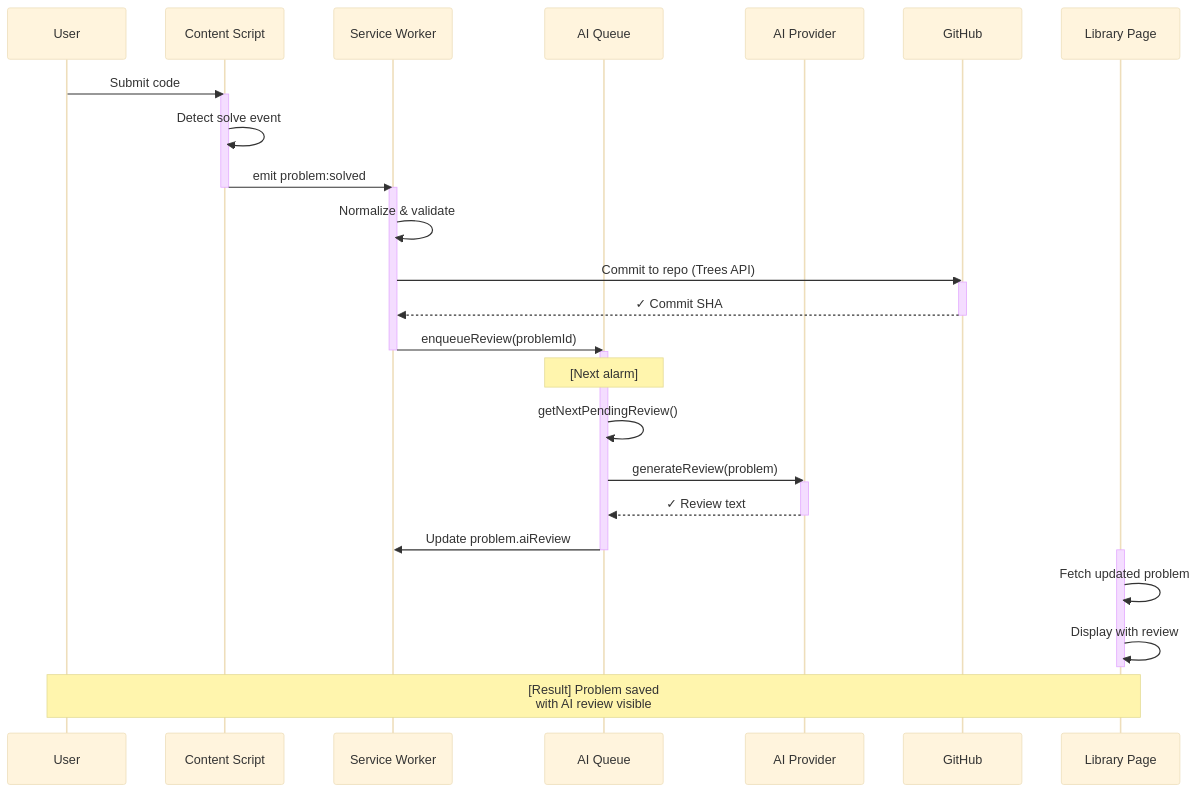
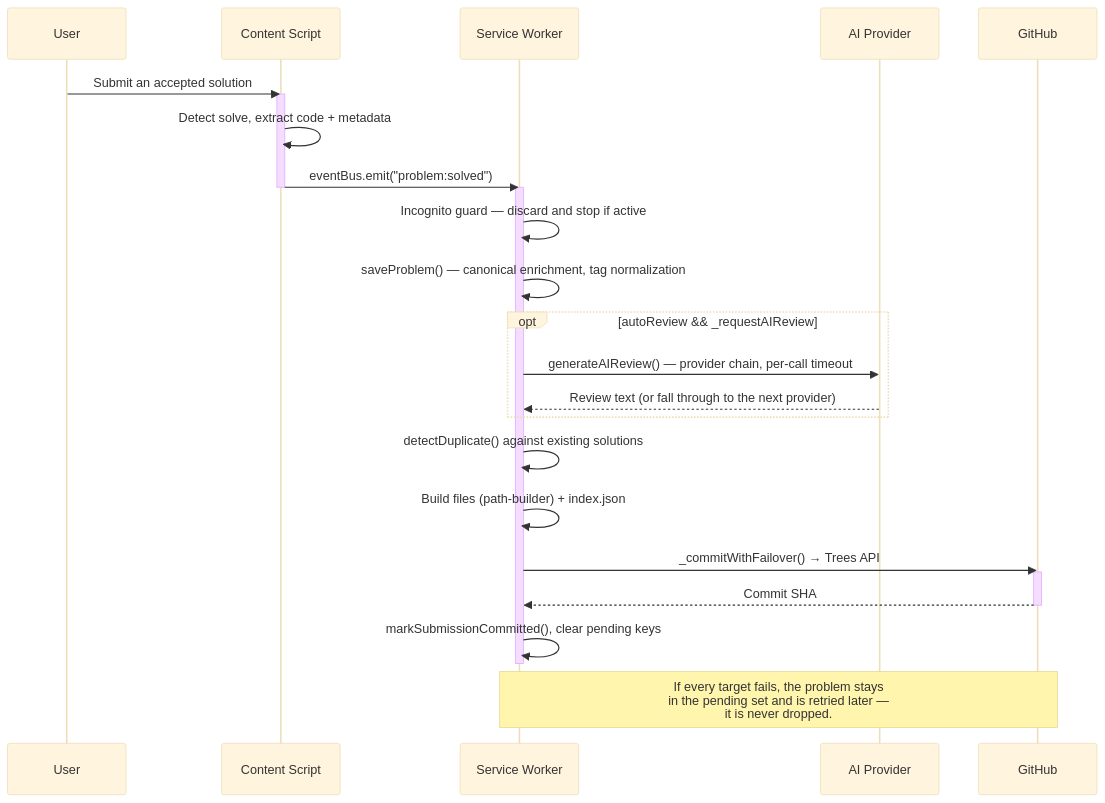
Before and after one commit to Life-Experimentalist/Code-Ledger: the eighth of 8 diagrams in docs/architecture/system-architecture.md, drawn with Mermaid (base theme). The commit also changed other lines of this file and 3 other files, not shown here.

````diff
--- a/docs/architecture/system-architecture.md
+++ b/docs/architecture/system-architecture.md
@@ -723,42 +795,32 @@
 ```mermaid
 sequenceDiagram
     participant User
     participant Content as Content Script
     participant SW as Service Worker
-    participant Queue as AI Queue
     participant AI as AI Provider
     participant GitHub
-    participant Lib as Library Page
 
-    User->>Content: Submit code
+    User->>Content: Submit an accepted solution
     activate Content
-    Content->>Content: Detect solve event
-    Content->>SW: emit problem:solved
+    Content->>Content: Detect solve, extract code + metadata
+    Content->>SW: eventBus.emit("problem:solved")
     deactivate Content
 
     activate SW
-    SW->>SW: Normalize & validate
-    SW->>GitHub: Commit to repo (Trees API)
+    SW->>SW: Incognito guard — discard and stop if active
+    SW->>SW: saveProblem() — canonical enrichment, tag normalization
+    opt autoReview && _requestAIReview
+        SW->>AI: generateAIReview() — provider chain, per-call timeout
+        AI-->>SW: Review text (or fall through to the next provider)
+    end
+    SW->>SW: detectDuplicate() against existing solutions
+    SW->>SW: Build files (path-builder) + index.json
+    SW->>GitHub: _commitWithFailover() → Trees API
     activate GitHub
-    GitHub-->>SW: ✓ Commit SHA
+    GitHub-->>SW: Commit SHA
     deactivate GitHub
-    SW->>Queue: enqueueReview(problemId)
+    SW->>SW: markSubmissionCommitted(), clear pending keys
     deactivate SW
 
-    activate Queue
-    Note over Queue: [Next alarm]
-    Queue->>Queue: getNextPendingReview()
-    Queue->>AI: generateReview(problem)
-    activate AI
-    AI-->>Queue: ✓ Review text
-    deactivate AI
-    Queue->>SW: Update problem.aiReview
-    deactivate Queue
-
-    activate Lib
-    Lib->>Lib: Fetch updated problem
-    Lib->>Lib: Display with review
-    deactivate Lib
-
-    Note over User,Lib: [Result] Problem saved<br/>with AI review visible
+    Note over SW,GitHub: If every target fails, the problem stays<br/>in the pending set and is retried later —<br/>it is never dropped.
 ```
````
